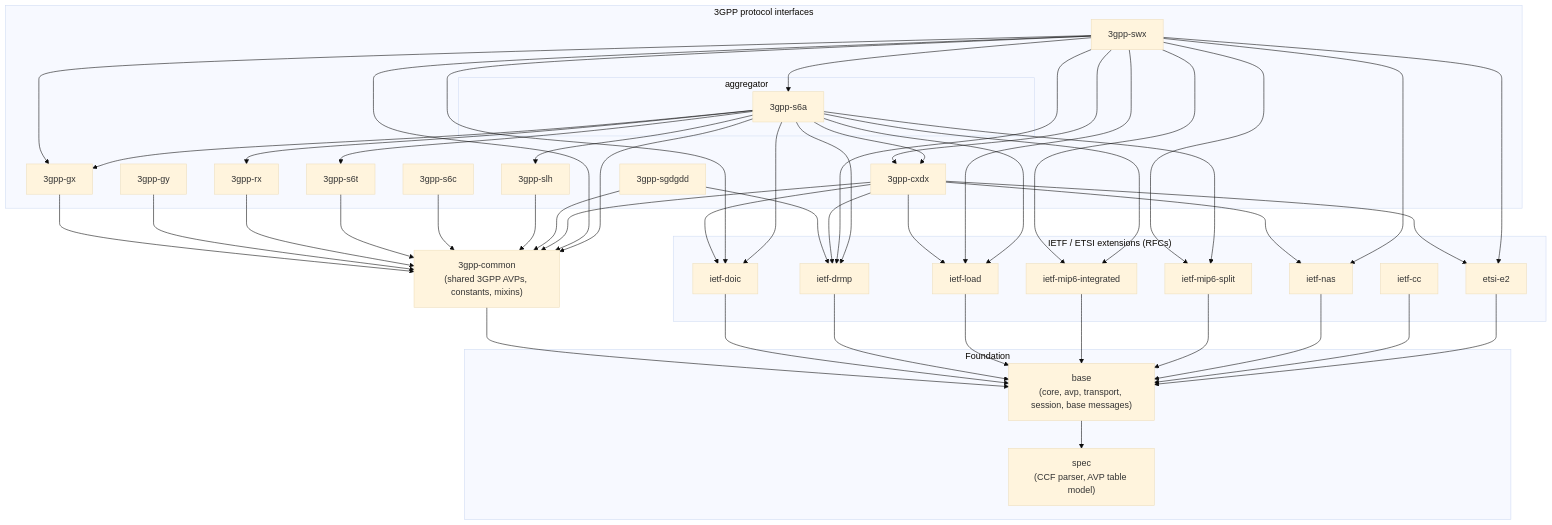
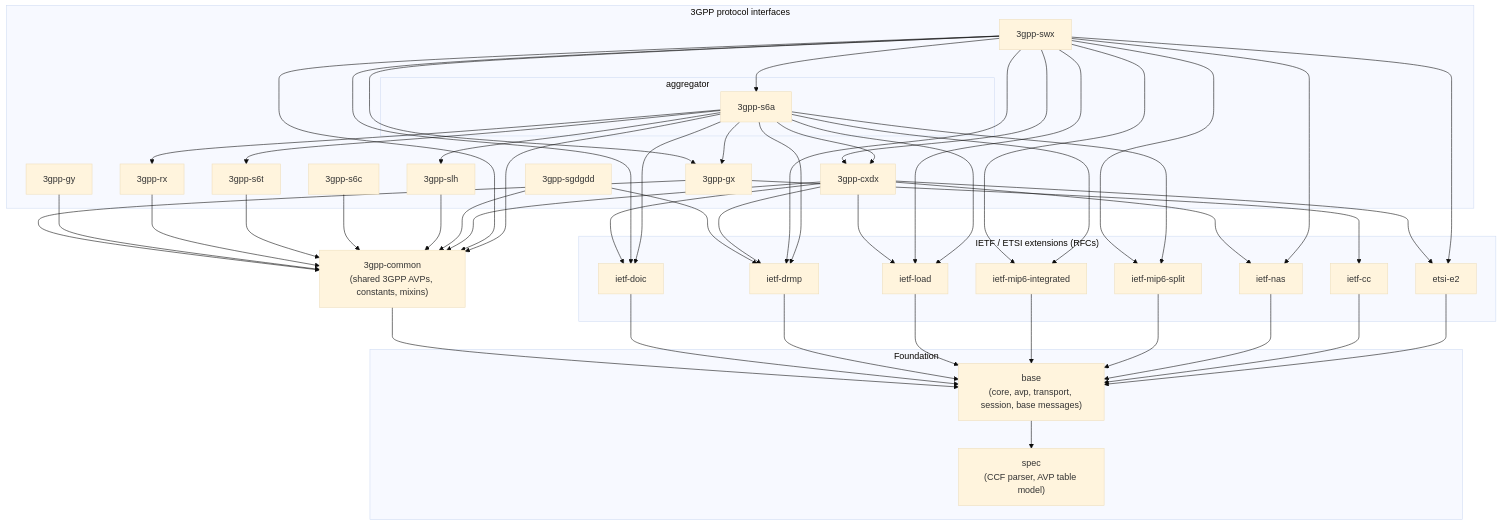
The diagram in README.md (sipgate/sparta-diameter), drawn with Mermaid (base theme) before and after one commit. The commit also changed other lines of this file, not shown here.

```diff
--- a/README.md
+++ b/README.md
@@ -149,6 +149,7 @@
     e2 --> base
 
     gx --> common
+    gx --> cc
     gy --> common
     rx --> common
     s6t --> common
```
